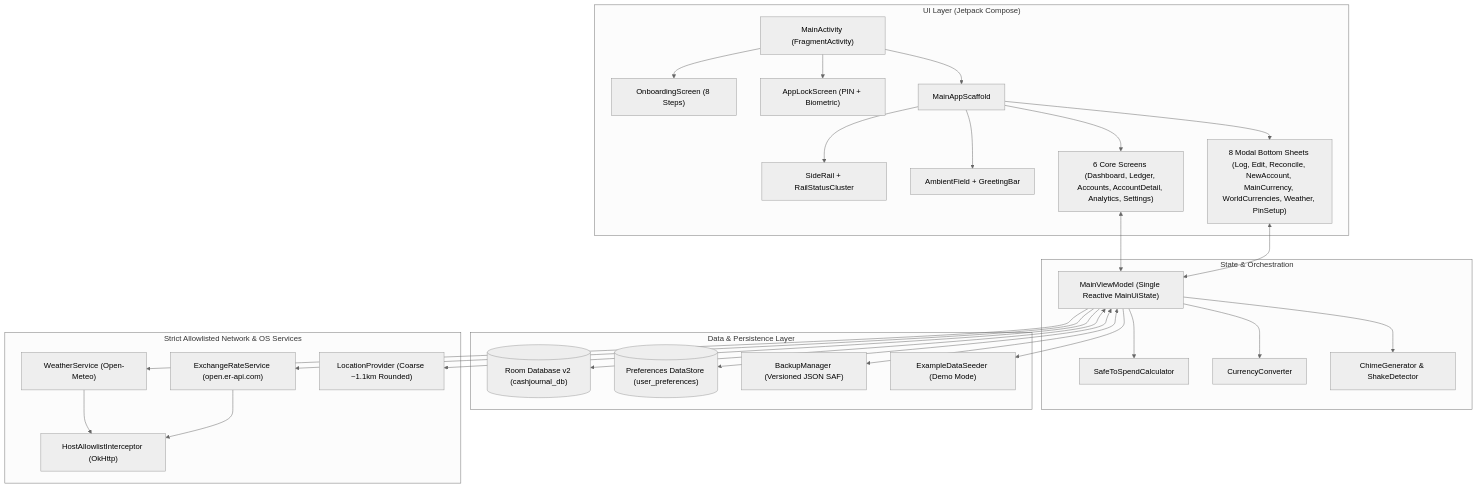
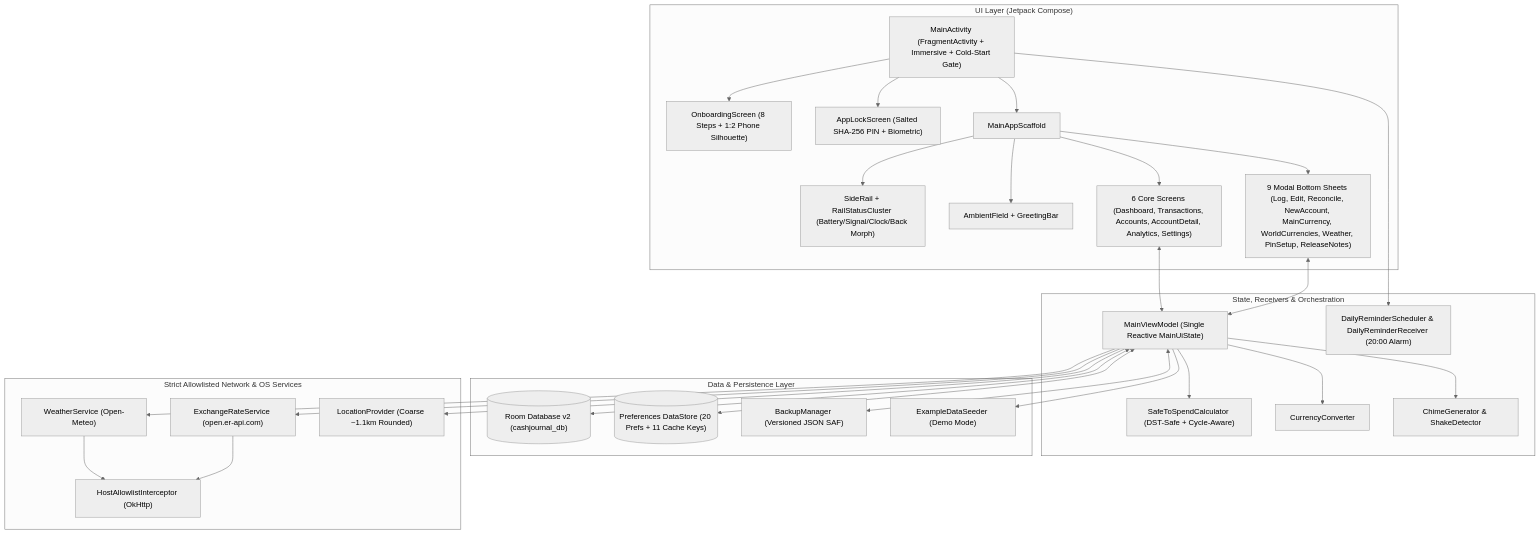
Before and after one commit to CanYouSpeakEng/CashJournal: the diagram in docs/cashjournal_complete_audit_report.md, drawn with Mermaid (neutral theme). The commit also changed other lines of this file and 18 other files, not shown here.

Commit message:
Phase 16A: Core Fixes, Account Categories, and Edit Account Details

````diff
--- a/docs/cashjournal_complete_audit_report.md
+++ b/docs/cashjournal_complete_audit_report.md
@@ -19,56 +45,58 @@
 ```mermaid
 flowchart TD
     subgraph UI["UI Layer (Jetpack Compose)"]
-        MA["MainActivity (FragmentActivity)"]
-        OB["OnboardingScreen (8 Steps)"]
-        AL["AppLockScreen (PIN + Biometric)"]
+        MA["MainActivity (FragmentActivity + Immersive + Cold-Start Gate)"]
+        OB["OnboardingScreen (8 Steps + 1:2 Phone Silhouette)"]
+        AL["AppLockScreen (Salted SHA-256 PIN + Biometric)"]
         MS["MainAppScaffold"]
-        SR["SideRail + RailStatusCluster"]
+        SR["SideRail + RailStatusCluster (Battery/Signal/Clock/Back Morph)"]
         AF["AmbientField + GreetingBar"]
-        SC["6 Core Screens (Dashboard, Ledger, Accounts, AccountDetail, Analytics, Settings)"]
-        SH["8 Modal Bottom Sheets (Log, Edit, Reconcile, NewAccount, MainCurrency, WorldCurrencies, Weather, PinSetup)"]
+        SC["6 Core Screens (Dashboard, Transactions, Accounts, AccountDetail, Analytics, Settings)"]
+        SH["9 Modal Bottom Sheets (Log, Edit, Reconcile, NewAccount, MainCurrency, WorldCurrencies, Weather, PinSetup, ReleaseNotes)"]
     end
 
-    subgraph VM["State & Orchestration"]
+    subgraph VM["State, Receivers & Orchestration"]
         MVM["MainViewModel (Single Reactive MainUiState)"]
-        STS["SafeToSpendCalculator"]
+        STS["SafeToSpendCalculator (DST-Safe + Cycle-Aware)"]
         CC["CurrencyConverter"]
         CG["ChimeGenerator & ShakeDetector"]
+        DRS["DailyReminderScheduler & DailyReminderReceiver (20:00 Alarm)"]
     end
 
     subgraph DATA["Data & Persistence Layer"]
         DB[("Room Database v2 (cashjournal_db)")]
-        DS[("Preferences DataStore (user_preferences)")]
+        DS[("Preferences DataStore (20 Prefs + 11 Cache Keys)")]
         BM["BackupManager (Versioned JSON SAF)"]
         EDS["ExampleDataSeeder (Demo Mode)"]
     end
 
     subgraph NET["Strict Allowlisted Network & OS Services"]
         HAI["HostAllowlistInterceptor (OkHttp)"]
         WS["WeatherService (Open-Meteo)"]
         ERS["ExchangeRateService (open.er-api.com)"]
         LP["LocationProvider (Coarse ~1.1km Rounded)"]
     end
 
     MA --> OB
     MA --> AL
     MA --> MS
+    MA --> DRS
     MS --> SR
     MS --> AF
     MS --> SC
     MS --> SH
     SC <--> MVM
     SH <--> MVM
     MVM --> STS
     MVM --> CC
     MVM --> CG
     MVM <--> DB
     MVM <--> DS
     MVM <--> BM
     MVM --> EDS
     MVM --> WS
     MVM --> ERS
     MVM --> LP
     WS --> HAI
     ERS --> HAI
 ```
````
